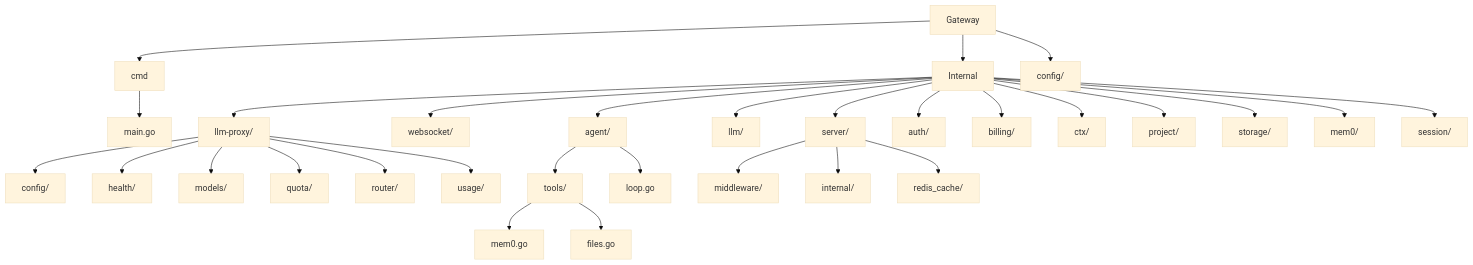
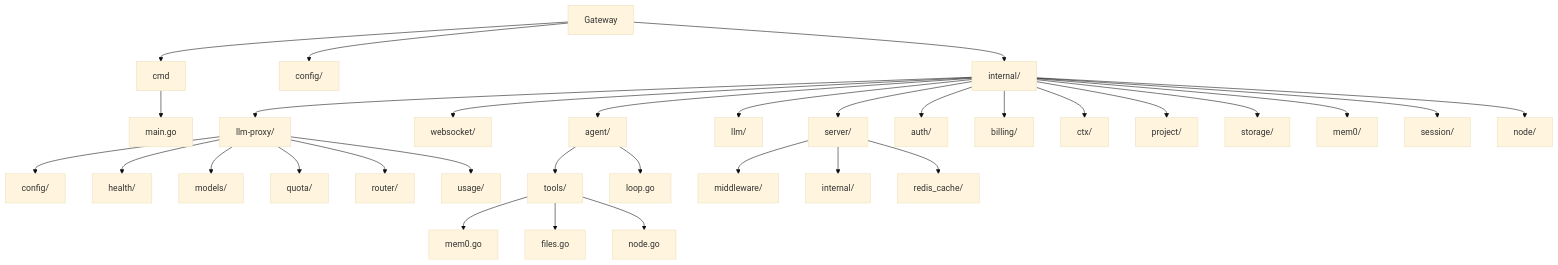
One commit to radch-ai/ava changed the second of 2 diagrams in docs/README.md. Above: the diagram before and after it, drawn with Mermaid (base theme). The commit also changed other lines of this file and 53 other files, not shown here.

````diff
--- a/docs/README.md
+++ b/docs/README.md
@@ -111,40 +121,42 @@
 ```mermaid
 flowchart TB
     Gateway[Gateway]
 
     Gateway --> CMD[cmd]
-    Gateway --> Internal
     Gateway --> Config[config/]
+    Gateway --> Internal[internal/]
 
     CMD --> Main[main.go]
 
     Internal --> Server[server/]
     Internal --> WebSocket[websocket/]
     Internal --> Agent[agent/]
     Internal --> LLM[llm/]
     Internal --> LLMProxy[llm-proxy/]
     Internal --> Auth[auth/]
     Internal --> Billing[billing/]
     Internal --> Ctx[ctx/]
     Internal --> Project[project/]
     Internal --> Storage[storage/]
     Internal --> Mem0[mem0/]
     Internal --> Session[session/]
+    Internal --> NodeDir[node/]
 
     LLMProxy --> PConfig[config/]
     LLMProxy --> PHealth[health/]
     LLMProxy --> PModels[models/]
     LLMProxy --> PQuota[quota/]
     LLMProxy --> PRouter[router/]
     LLMProxy --> PUsage[usage/]
 
     Agent --> ATools[tools/]
     Agent --> ALoop[loop.go]
 
     Server --> Middleware[middleware/]
     Server --> SInternal[internal/]
     Server --> Cache[redis_cache/]
 
     ATools --> Mem0Tools[mem0.go]
     ATools --> FileTools[files.go]
+    ATools --> NodeTools[node.go]
 ```
````
